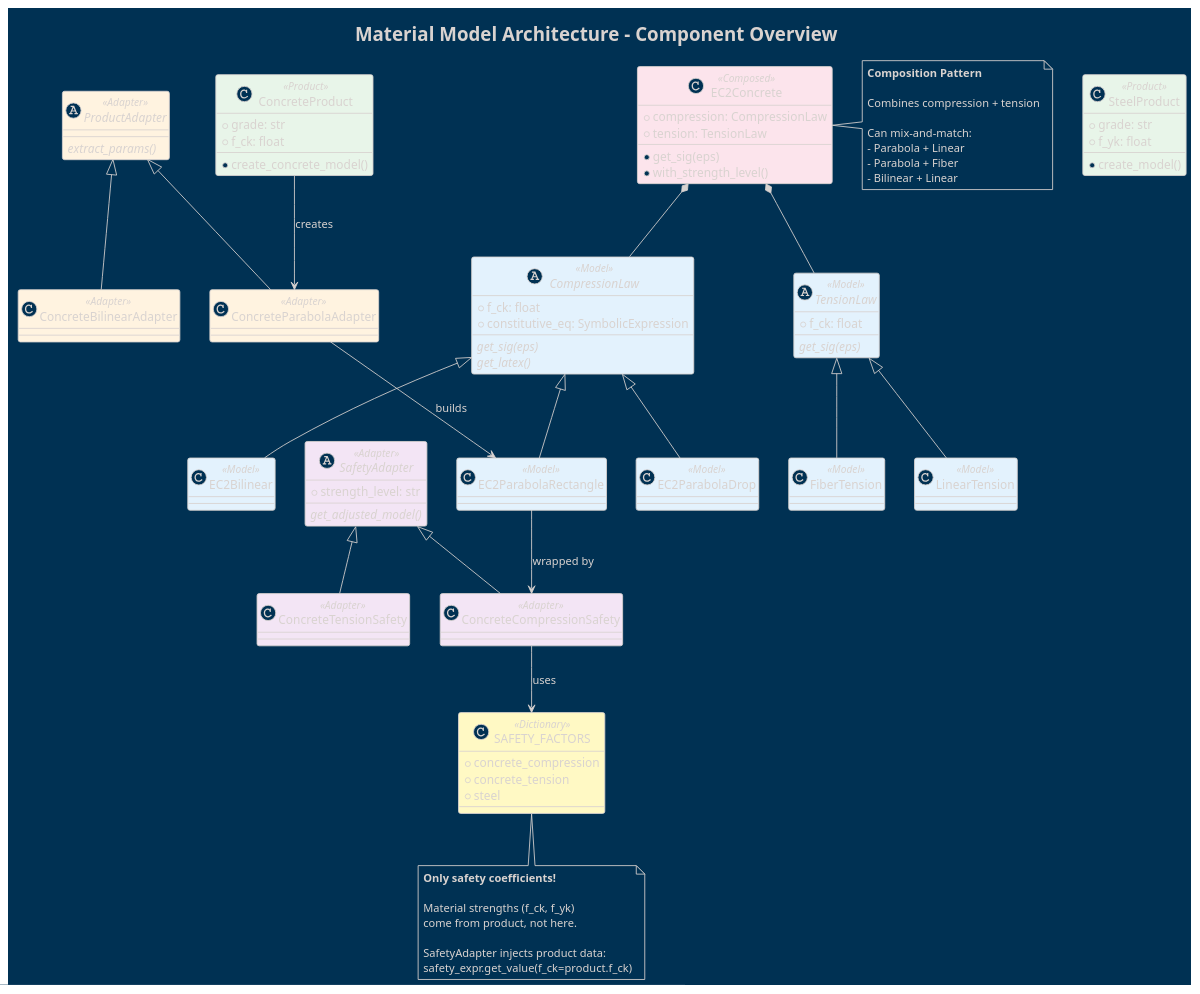
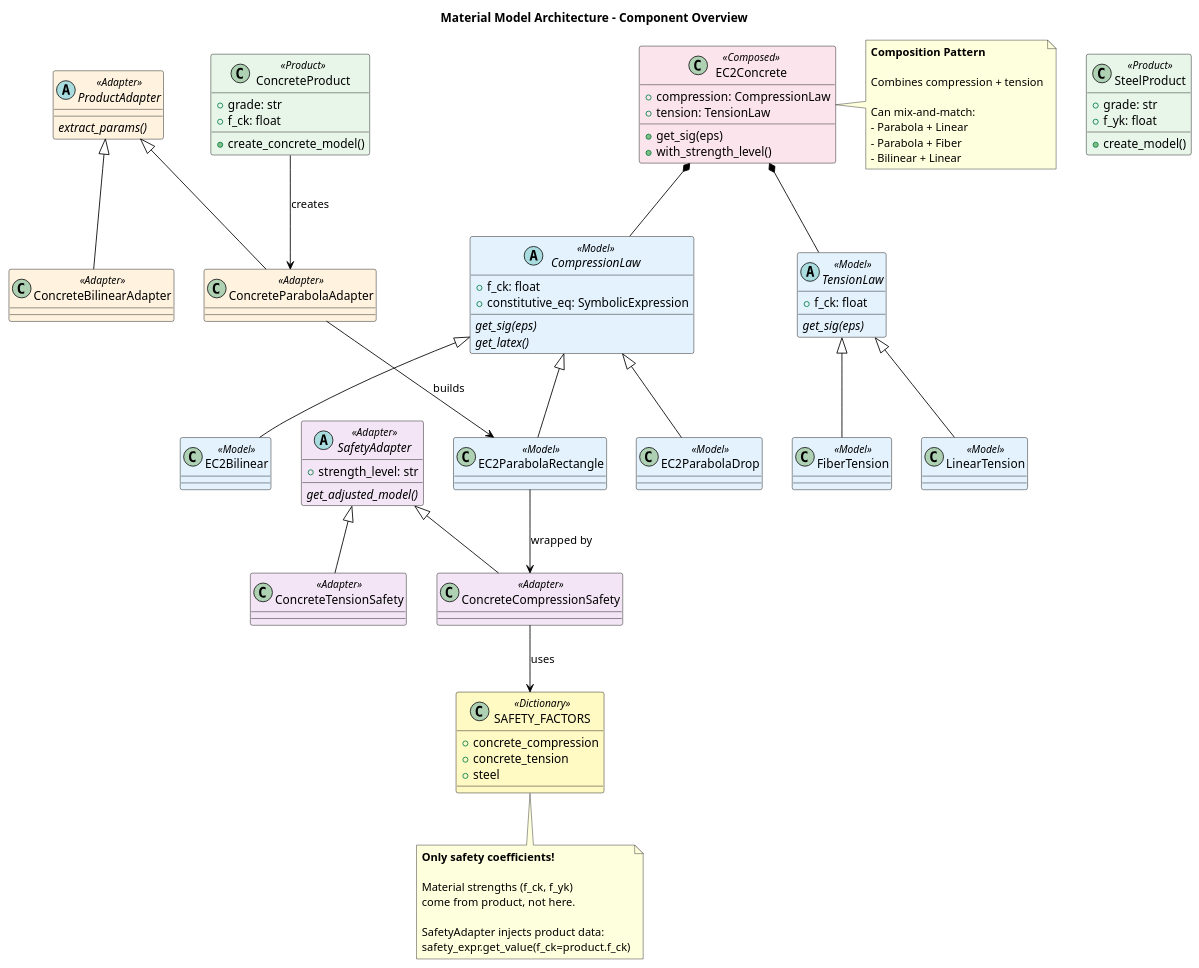
One commit to bmcs-group/bmcs_cross_section changed the diagram in dev_docs/material_architecture.puml. Above: the diagram before and after it, drawn with PlantUML. The commit also changed 3 other files, not shown here.

First line of the commit message:
Fix PlantUML diagrams: use white background instead of dark theme

```diff
--- a/dev_docs/material_architecture.puml
+++ b/dev_docs/material_architecture.puml
@@ -1,105 +1,109 @@
 @startuml Material Model Architecture - Overview
 
-!theme blueprint
+skinparam backgroundColor white
+skinparam classBorderColor black
+skinparam classBackgroundColor white
+skinparam classArrowColor black
+skinparam shadowing false
 
 title Material Model Architecture - Component Overview
 
 class ConcreteProduct <<Product>> #E8F5E9 {
     + grade: str
     + f_ck: float
     + create_concrete_model()
 }
 
 class SteelProduct <<Product>> #E8F5E9 {
     + grade: str
     + f_yk: float
     + create_model()
 }
 
 abstract ProductAdapter <<Adapter>> #FFF3E0 {
     {abstract} extract_params()
 }
 
 class ConcreteParabolaAdapter <<Adapter>> #FFF3E0
 class ConcreteBilinearAdapter <<Adapter>> #FFF3E0
 
 abstract CompressionLaw <<Model>> #E3F2FD {
     + f_ck: float
     + constitutive_eq: SymbolicExpression
     {abstract} get_sig(eps)
     {abstract} get_latex()
 }
 
 class EC2ParabolaRectangle <<Model>> #E3F2FD
 class EC2Bilinear <<Model>> #E3F2FD
 class EC2ParabolaDrop <<Model>> #E3F2FD
 
 abstract TensionLaw <<Model>> #E3F2FD {
     + f_ck: float
     {abstract} get_sig(eps)
 }
 
 class LinearTension <<Model>> #E3F2FD
 class FiberTension <<Model>> #E3F2FD
 
 abstract SafetyAdapter <<Adapter>> #F3E5F5 {
     + strength_level: str
     {abstract} get_adjusted_model()
 }
 
 class ConcreteCompressionSafety <<Adapter>> #F3E5F5
 class ConcreteTensionSafety <<Adapter>> #F3E5F5
 
 class SAFETY_FACTORS <<Dictionary>> #FFF9C4 {
     + concrete_compression
     + concrete_tension
     + steel
 }
 
 class EC2Concrete <<Composed>> #FCE4EC {
     + compression: CompressionLaw
     + tension: TensionLaw
     + get_sig(eps)
     + with_strength_level()
 }
 
 ' Key relationships
 ConcreteProduct --> ConcreteParabolaAdapter : creates
 ConcreteParabolaAdapter --> EC2ParabolaRectangle : builds
 EC2ParabolaRectangle --> ConcreteCompressionSafety : wrapped by
 ConcreteCompressionSafety --> SAFETY_FACTORS : uses
 EC2Concrete *-- CompressionLaw
 EC2Concrete *-- TensionLaw
 
 ProductAdapter <|-- ConcreteParabolaAdapter
 ProductAdapter <|-- ConcreteBilinearAdapter
 CompressionLaw <|-- EC2ParabolaRectangle
 CompressionLaw <|-- EC2Bilinear
 CompressionLaw <|-- EC2ParabolaDrop
 TensionLaw <|-- LinearTension
 TensionLaw <|-- FiberTension
 SafetyAdapter <|-- ConcreteCompressionSafety
 SafetyAdapter <|-- ConcreteTensionSafety
 
 note bottom of SAFETY_FACTORS
   <b>Only safety coefficients!</b>
   
   Material strengths (f_ck, f_yk)
   come from product, not here.
   
   SafetyAdapter injects product data:
   safety_expr.get_value(f_ck=product.f_ck)
 end note
 
 note right of EC2Concrete
   <b>Composition Pattern</b>
   
   Combines compression + tension
   
   Can mix-and-match:
   - Parabola + Linear
   - Parabola + Fiber
   - Bilinear + Linear
 end note
 
 @enduml
```
